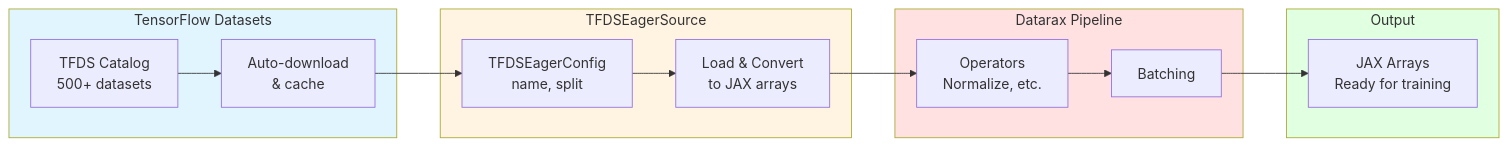
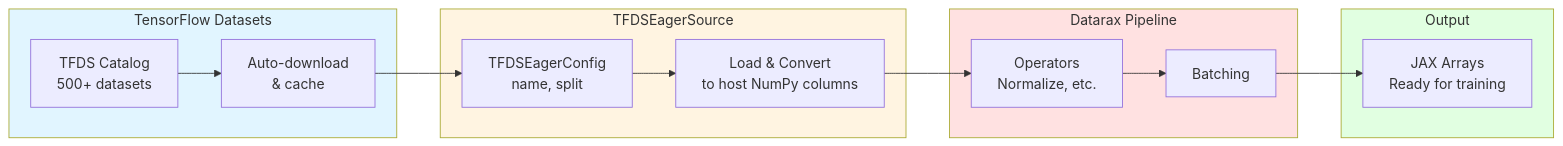
Before and after one commit to avitai/datarax: the diagram in docs/examples/integration/tfds/tfds-quickref.md, drawn with Mermaid. The commit also changed 58 other files, not shown here.

````diff
--- a/docs/examples/integration/tfds/tfds-quickref.md
+++ b/docs/examples/integration/tfds/tfds-quickref.md
@@ -230,33 +230,33 @@
 ```mermaid
 flowchart LR
     subgraph TFDS["TensorFlow Datasets"]
         Catalog[TFDS Catalog<br/>500+ datasets]
         Download[Auto-download<br/>& cache]
     end
 
     subgraph Source["TFDSEagerSource"]
         Config[TFDSEagerConfig<br/>name, split]
-        Load[Load & Convert<br/>to JAX arrays]
+        Load[Load & Convert<br/>to host NumPy columns]
     end
 
     subgraph Pipeline["Datarax Pipeline"]
         Op[Operators<br/>Normalize, etc.]
         Batch[Batching]
     end
 
     subgraph Output["Output"]
         JAX[JAX Arrays<br/>Ready for training]
     end
 
     Catalog --> Download
     Download --> Config
     Config --> Load
     Load --> Op
     Op --> Batch
     Batch --> JAX
 
     style TFDS fill:#e1f5ff
     style Source fill:#fff4e1
     style Pipeline fill:#ffe1e1
     style Output fill:#e1ffe1
 ```
````
